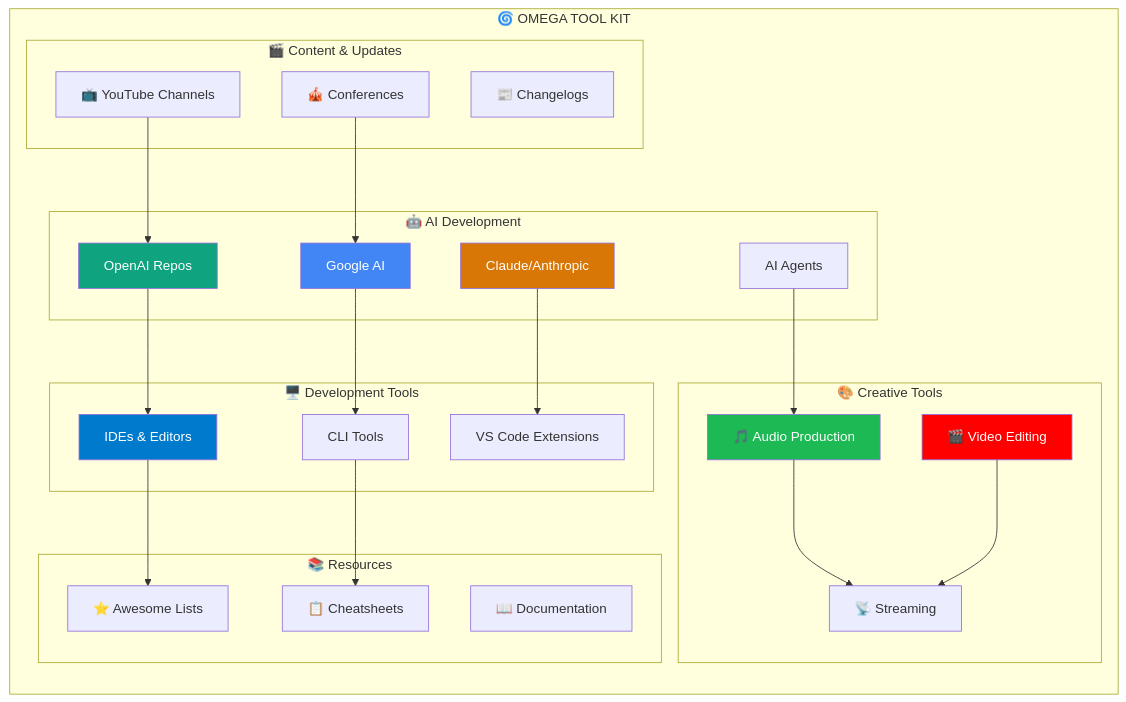
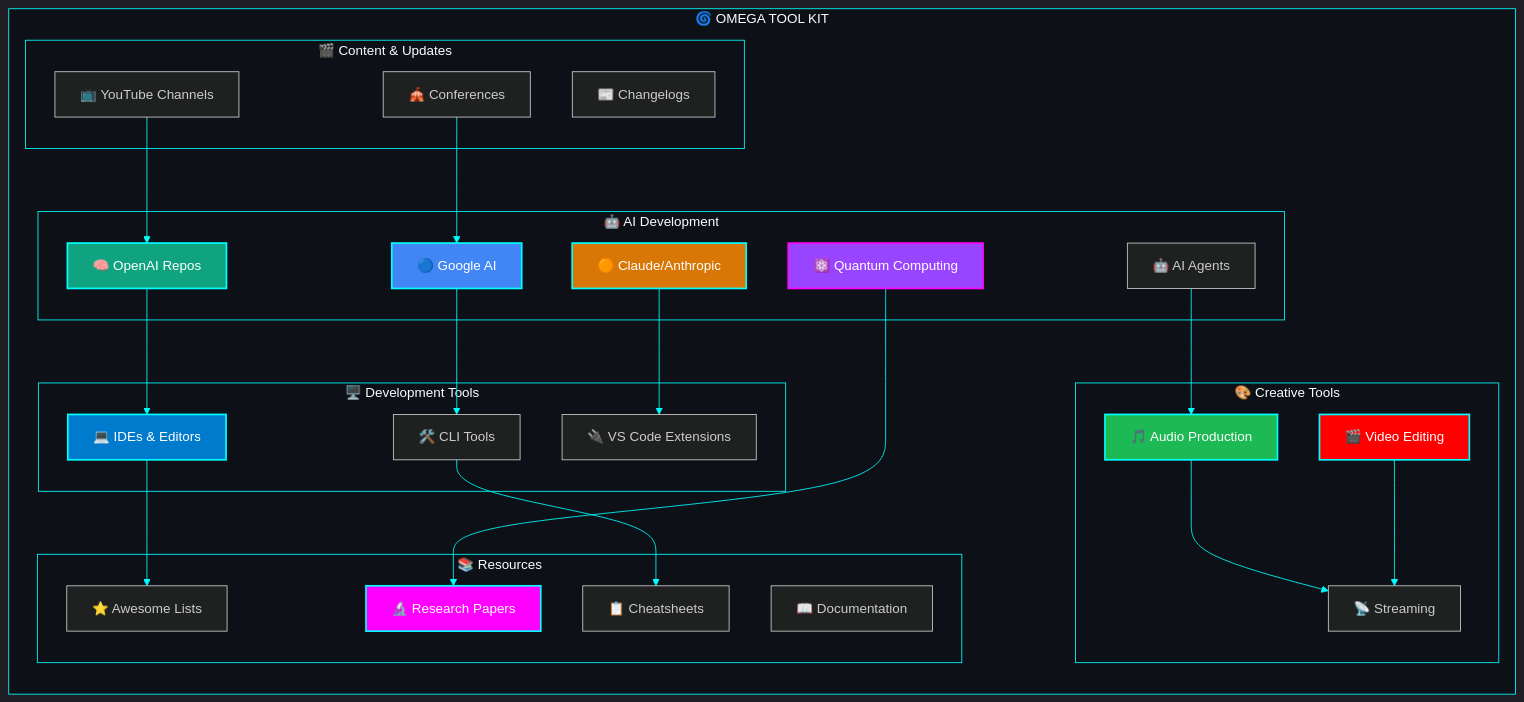
One commit to SpiralCloudOmega/DevTeam6 changed the third of 8 diagrams in README.md. Above: the diagram before and after it, drawn with Mermaid. The commit also changed other lines of this file, not shown here.

Commit message:
Add cyberpunk-style diagrams, Quantum Computing section, enhanced visuals

````diff
--- a/README.md
+++ b/README.md
@@ -74,55 +186,61 @@
 ```mermaid
+%%{init: {'theme': 'dark', 'themeVariables': { 'primaryColor': '#00ffff', 'primaryTextColor': '#fff', 'primaryBorderColor': '#ff00ff', 'lineColor': '#00ffff', 'secondaryColor': '#1a1a2e', 'tertiaryColor': '#16213e', 'clusterBkg': '#0d1117', 'clusterBorder': '#00ffff'}}}%%
 graph TB
     subgraph "🌀 OMEGA TOOL KIT"
         direction TB
         
         subgraph "🎬 Content & Updates"
             YT[📺 YouTube Channels]
             CONF[🎪 Conferences]
             NEWS[📰 Changelogs]
         end
         
         subgraph "🤖 AI Development"
-            OPENAI[OpenAI Repos]
-            GOOGLE[Google AI]
-            CLAUDE[Claude/Anthropic]
-            AGENTS[AI Agents]
+            OPENAI[🧠 OpenAI Repos]
+            GOOGLE[🔵 Google AI]
+            CLAUDE[🟠 Claude/Anthropic]
+            AGENTS[🤖 AI Agents]
+            QUANTUM[⚛️ Quantum Computing]
         end
         
         subgraph "🖥️ Development Tools"
-            IDE[IDEs & Editors]
-            CLI[CLI Tools]
-            EXT[VS Code Extensions]
+            IDE[💻 IDEs & Editors]
+            CLI[🛠️ CLI Tools]
+            EXT[🔌 VS Code Extensions]
         end
         
         subgraph "🎨 Creative Tools"
             AUDIO[🎵 Audio Production]
             VIDEO[🎬 Video Editing]
             STREAM[📡 Streaming]
         end
         
         subgraph "📚 Resources"
             AWESOME[⭐ Awesome Lists]
             CHEAT[📋 Cheatsheets]
             DOCS[📖 Documentation]
+            RESEARCH[🔬 Research Papers]
         end
     end
     
     YT --> OPENAI
     CONF --> GOOGLE
     OPENAI --> IDE
     GOOGLE --> CLI
     CLAUDE --> EXT
     AGENTS --> AUDIO
+    QUANTUM --> RESEARCH
     IDE --> AWESOME
     CLI --> CHEAT
     AUDIO --> STREAM
     VIDEO --> STREAM
     
-    style OPENAI fill:#10a37f,color:#fff
-    style GOOGLE fill:#4285f4,color:#fff
-    style CLAUDE fill:#d97706,color:#fff
-    style IDE fill:#007acc,color:#fff
-    style AUDIO fill:#1db954,color:#fff
-    style VIDEO fill:#ff0000,color:#fff
+    style OPENAI fill:#10a37f,stroke:#00ffff,stroke-width:2px,color:#fff
+    style GOOGLE fill:#4285f4,stroke:#00ffff,stroke-width:2px,color:#fff
+    style CLAUDE fill:#d97706,stroke:#00ffff,stroke-width:2px,color:#fff
+    style QUANTUM fill:#9945ff,stroke:#ff00ff,stroke-width:2px,color:#fff
+    style IDE fill:#007acc,stroke:#00ffff,stroke-width:2px,color:#fff
+    style AUDIO fill:#1db954,stroke:#00ffff,stroke-width:2px,color:#fff
+    style VIDEO fill:#ff0000,stroke:#00ffff,stroke-width:2px,color:#fff
+    style RESEARCH fill:#ff00ff,stroke:#00ffff,stroke-width:2px,color:#fff
 ```
````
